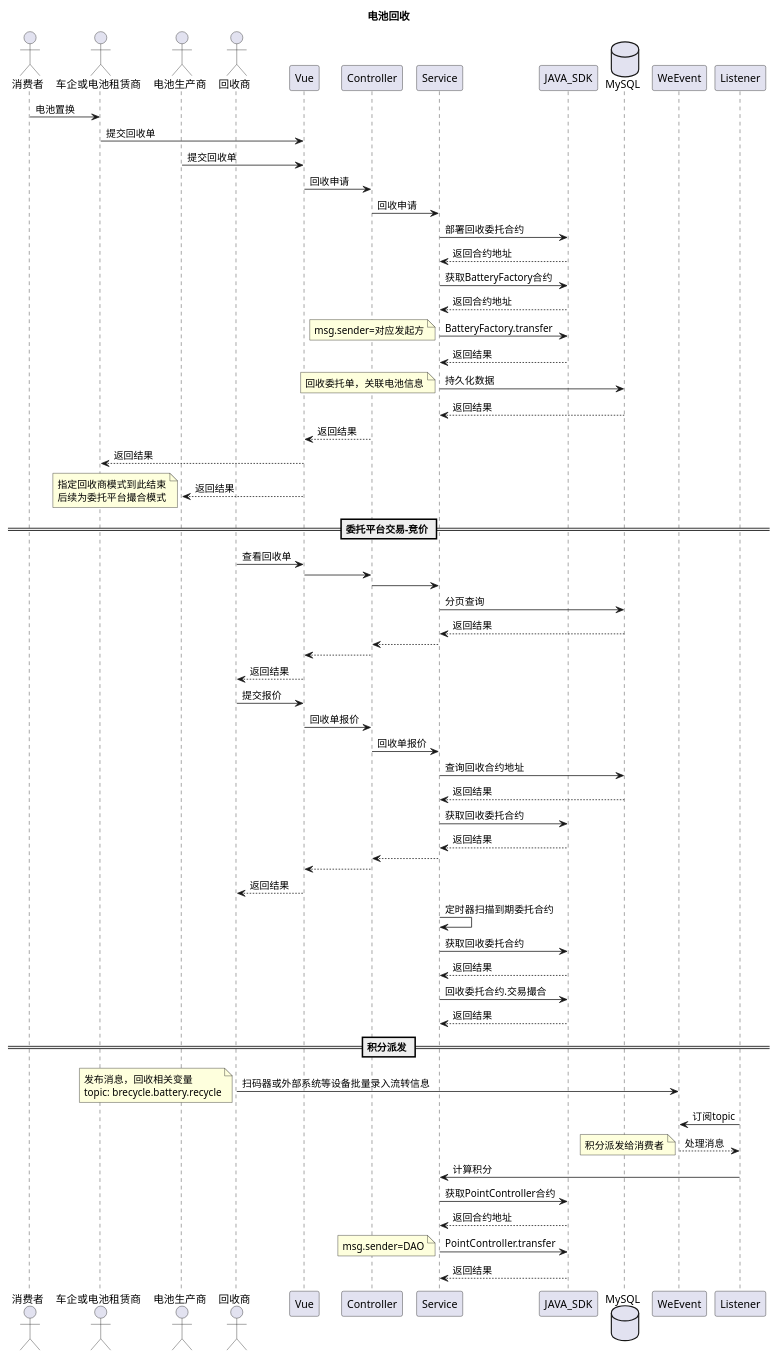
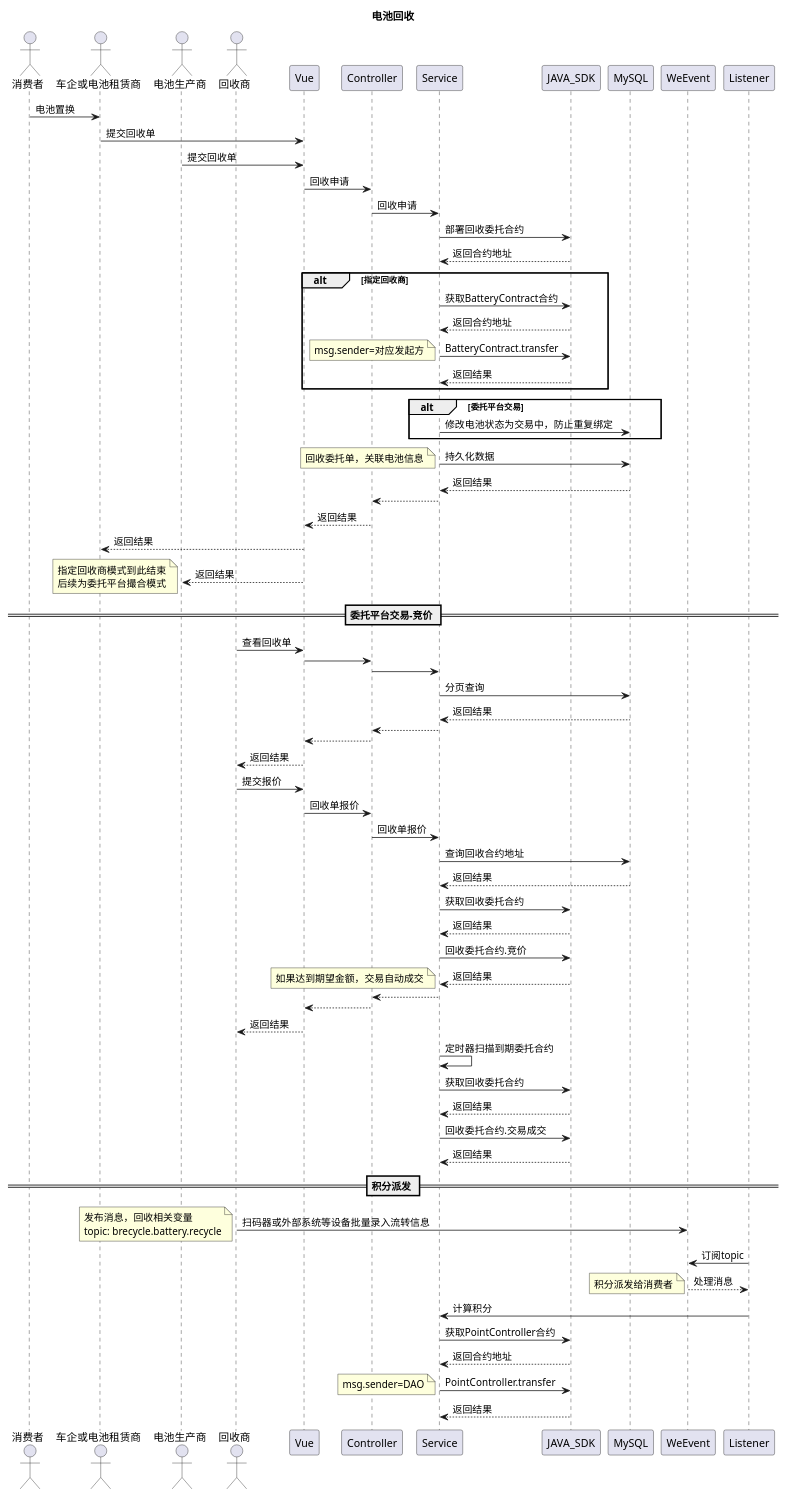
Before and after one commit to cmgun/B-Recycle: the diagram in docs/时序图/电池回收.puml, drawn with PlantUML. The commit also changed 25 other files, not shown here.

```diff
--- a/docs/时序图/电池回收.puml
+++ b/docs/时序图/电池回收.puml
@@ -1,93 +1,104 @@
 @startuml
 'https://plantuml.com/sequence-diagram
 
 title 电池回收
 
 'actor 原料商
 actor 消费者
 actor 车企或电池租赁商
 
 actor 电池生产商
 'actor 电池租赁商
 actor 回收商
 
-
 消费者 -> 车企或电池租赁商 : 电池置换
 车企或电池租赁商 -> Vue : 提交回收单
 电池生产商 -> Vue : 提交回收单
 Vue -> Controller : 回收申请
 Controller -> Service : 回收申请
 Service -> JAVA_SDK : 部署回收委托合约
 Service <-- JAVA_SDK : 返回合约地址
 
-Service -> JAVA_SDK : 获取BatteryFactory合约
+alt 指定回收商
+Service -> JAVA_SDK : 获取BatteryContract合约
 Service <-- JAVA_SDK : 返回合约地址
-Service -> JAVA_SDK : BatteryFactory.transfer
+Service -> JAVA_SDK : BatteryContract.transfer
 note left
     msg.sender=对应发起方
 end note
 Service <-- JAVA_SDK : 返回结果
+end alt
+
+alt 委托平台交易
+    Service -> MySQL : 修改电池状态为交易中，防止重复绑定
+end alt
 
 database MySQL
 Service -> MySQL : 持久化数据
 note left
     回收委托单，关联电池信息
 end note
 Service <-- MySQL : 返回结果
+Controller <-- Service :
 Vue <-- Controller : 返回结果
 车企或电池租赁商 <-- Vue : 返回结果
 电池生产商 <-- Vue : 返回结果
 note left
     指定回收商模式到此结束
     后续为委托平台撮合模式
 end note
 
 == 委托平台交易-竞价 ==
 回收商 -> Vue : 查看回收单
 Vue -> Controller :
 Controller -> Service :
 Service -> MySQL : 分页查询
 Service <-- MySQL : 返回结果
 Controller <-- Service :
 Vue <-- Controller :
 回收商 <-- Vue : 返回结果
 
 回收商 -> Vue : 提交报价
 Vue -> Controller : 回收单报价
 Controller -> Service : 回收单报价
 Service -> MySQL : 查询回收合约地址
 Service <-- MySQL : 返回结果
 Service -> JAVA_SDK : 获取回收委托合约
 Service <-- JAVA_SDK : 返回结果
+Service -> JAVA_SDK : 回收委托合约.竞价
+Service <-- JAVA_SDK : 返回结果
+note left
+    如果达到期望金额，交易自动成交
+end note
 Controller <-- Service :
 Vue <-- Controller :
 回收商 <-- Vue : 返回结果
 
 Service -> Service : 定时器扫描到期委托合约
 Service -> JAVA_SDK : 获取回收委托合约
 Service <-- JAVA_SDK : 返回结果
-Service -> JAVA_SDK : 回收委托合约.交易撮合
+Service -> JAVA_SDK : 回收委托合约.交易成交
 Service <-- JAVA_SDK : 返回结果
 
 == 积分派发 ==
 回收商 -> WeEvent : 扫码器或外部系统等设备批量录入流转信息
 note left
     发布消息，回收相关变量
     topic: brecycle.battery.recycle
 end note
 Listener -> WeEvent : 订阅topic
 Listener <-- WeEvent : 处理消息
 note left
     积分派发给消费者
 end note
 Listener -> Service : 计算积分
 Service -> JAVA_SDK : 获取PointController合约
 Service <-- JAVA_SDK : 返回合约地址
 Service -> JAVA_SDK : PointController.transfer
 note left
     msg.sender=DAO
 end note
 Service <-- JAVA_SDK : 返回结果
 
 
 @enduml
```
